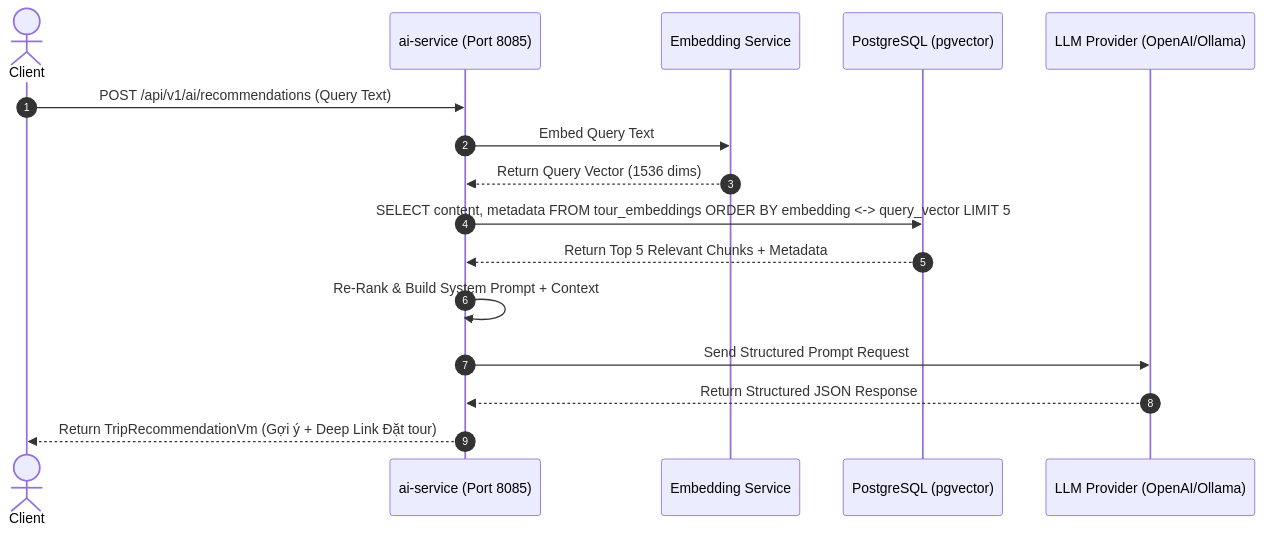
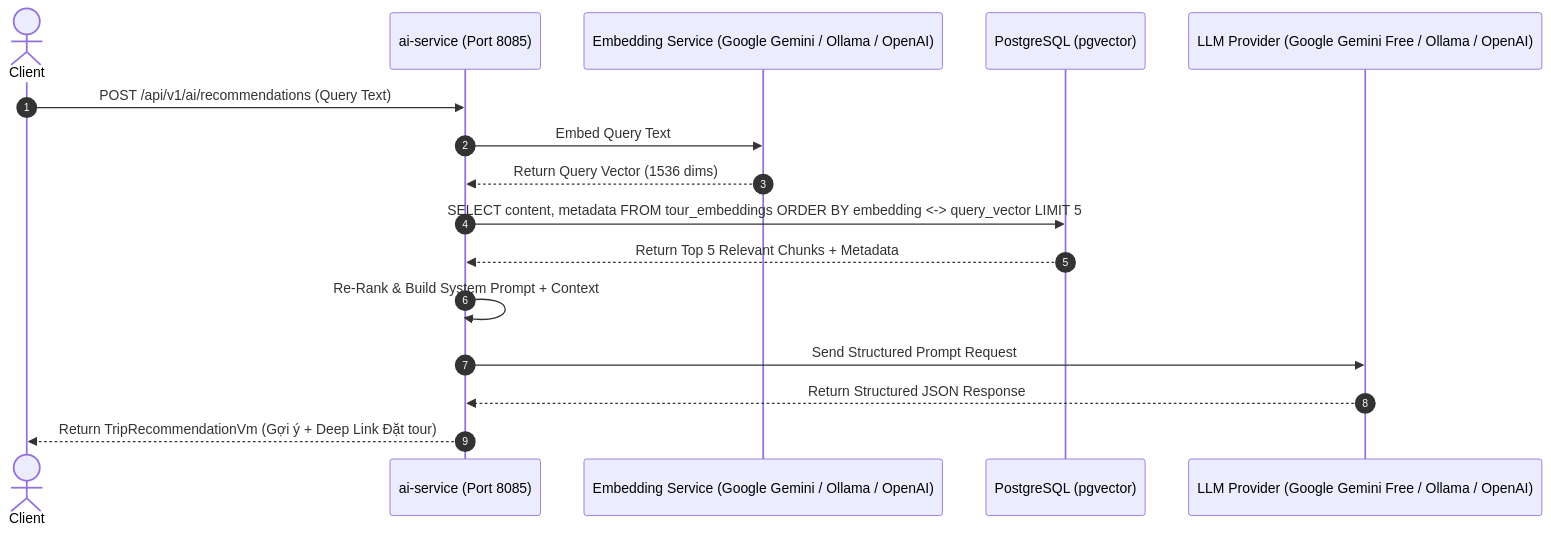
Before and after one commit to hoangdung25-na/Travel_Management: the second of 2 diagrams in rag_ai_design_spec.md, drawn with Mermaid. The commit also changed other lines of this file and 341 other files, not shown here.

````diff
--- a/rag_ai_design_spec.md
+++ b/rag_ai_design_spec.md
@@ -152,19 +152,19 @@
 ```mermaid
 sequenceDiagram
     autonumber
     actor Client
     participant AI as ai-service (Port 8085)
-    participant Emb as Embedding Service
+    participant Emb as Embedding Service (Google Gemini / Ollama / OpenAI)
     participant VDB as PostgreSQL (pgvector)
-    participant LLM as LLM Provider (OpenAI/Ollama)
+    participant LLM as LLM Provider (Google Gemini Free / Ollama / OpenAI)
 
     Client->>AI: POST /api/v1/ai/recommendations (Query Text)
     AI->>Emb: Embed Query Text
     Emb-->>AI: Return Query Vector (1536 dims)
     AI->>VDB: SELECT content, metadata FROM tour_embeddings ORDER BY embedding <-> query_vector LIMIT 5
     VDB-->>AI: Return Top 5 Relevant Chunks + Metadata
     AI->>AI: Re-Rank & Build System Prompt + Context
     AI->>LLM: Send Structured Prompt Request
     LLM-->>AI: Return Structured JSON Response
     AI-->>Client: Return TripRecommendationVm (Gợi ý + Deep Link Đặt tour)
 ```
````
